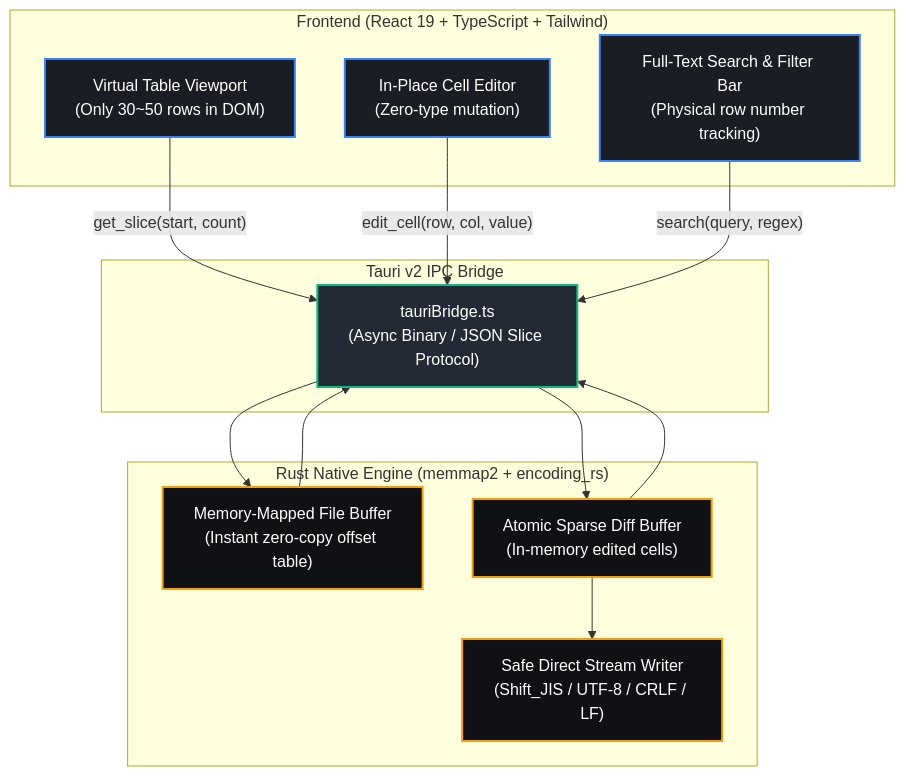
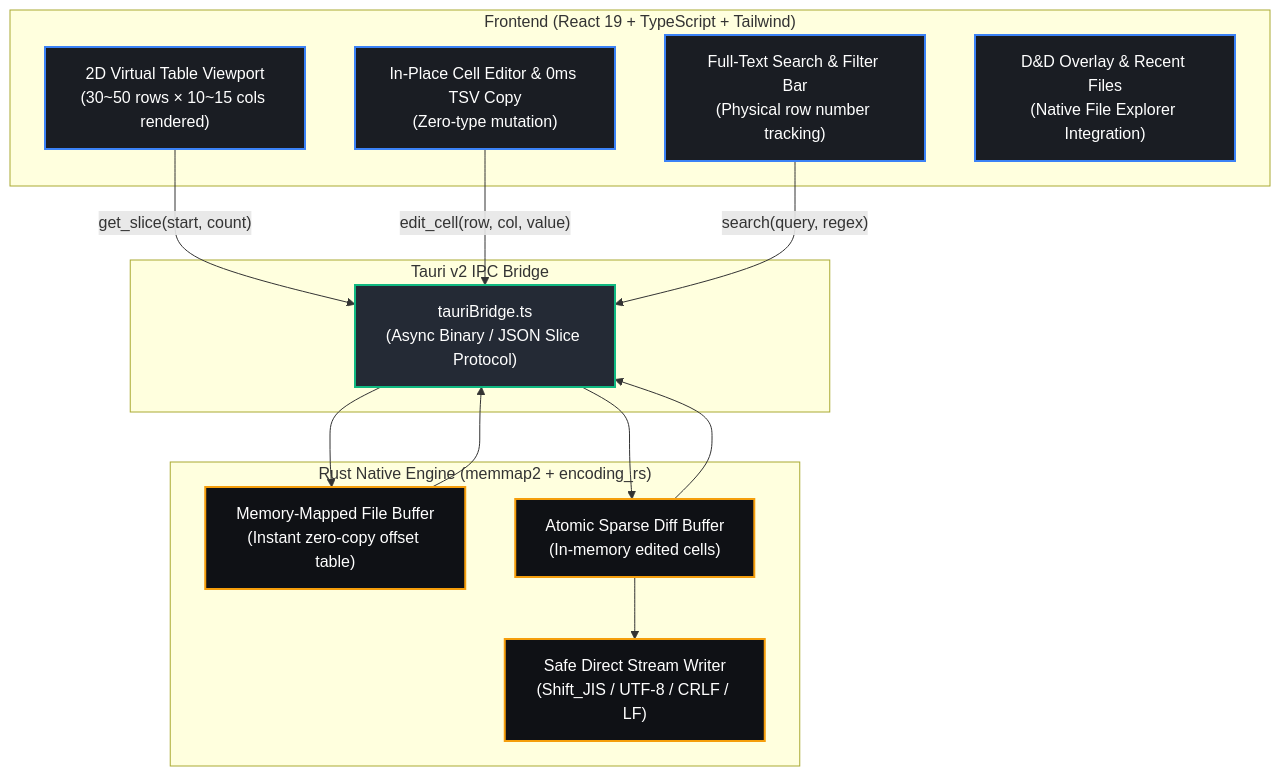
The diagram in README.md (tkshnkgwr/QuCSView), drawn with Mermaid before and after one commit. The commit also changed other lines of this file and 21 other files, not shown here.

````diff
--- a/README.md
+++ b/README.md
@@ -37,31 +40,32 @@
 ```mermaid
 graph TD
     classDef ui fill:#1A1D23,stroke:#3B82F6,stroke-width:2px,color:#FFFFFF;
     classDef bridge fill:#242A35,stroke:#10B981,stroke-width:2px,color:#FFFFFF;
     classDef core fill:#0F1115,stroke:#F59E0B,stroke-width:2px,color:#FFFFFF;
 
     subgraph Client ["Frontend (React 19 + TypeScript + Tailwind)"]
-        UI_Table["Virtual Table Viewport<br/>(Only 30~50 rows in DOM)"]:::ui
+        UI_Table["2D Virtual Table Viewport<br/>(30~50 rows × 10~15 cols rendered)"]:::ui
         UI_Search["Full-Text Search & Filter Bar<br/>(Physical row number tracking)"]:::ui
-        UI_Edit["In-Place Cell Editor<br/>(Zero-type mutation)"]:::ui
+        UI_Edit["In-Place Cell Editor & 0ms TSV Copy<br/>(Zero-type mutation)"]:::ui
+        UI_DnD["D&D Overlay & Recent Files<br/>(Native File Explorer Integration)"]:::ui
     end
 
     subgraph IPC ["Tauri v2 IPC Bridge"]
         IPC_Bridge["tauriBridge.ts<br/>(Async Binary / JSON Slice Protocol)"]:::bridge
     end
 
     subgraph Backend ["Rust Native Engine (memmap2 + encoding_rs)"]
         MMap["Memory-Mapped File Buffer<br/>(Instant zero-copy offset table)"]:::core
         DiffBuffer["Atomic Sparse Diff Buffer<br/>(In-memory edited cells)"]:::core
         Writer["Safe Direct Stream Writer<br/>(Shift_JIS / UTF-8 / CRLF / LF)"]:::core
     end
 
     UI_Table -->|"get_slice(start, count)"| IPC_Bridge
     UI_Edit -->|"edit_cell(row, col, value)"| IPC_Bridge
     UI_Search -->|"search(query, regex)"| IPC_Bridge
     IPC_Bridge --> MMap
     MMap --> IPC_Bridge
     IPC_Bridge --> DiffBuffer
     DiffBuffer --> IPC_Bridge
     DiffBuffer --> Writer
 ```
````
